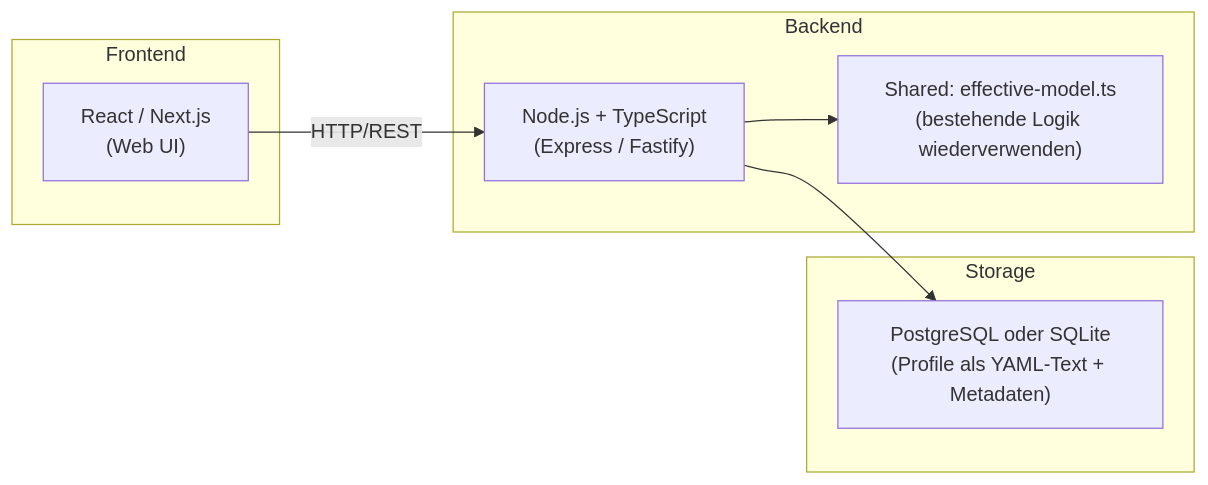
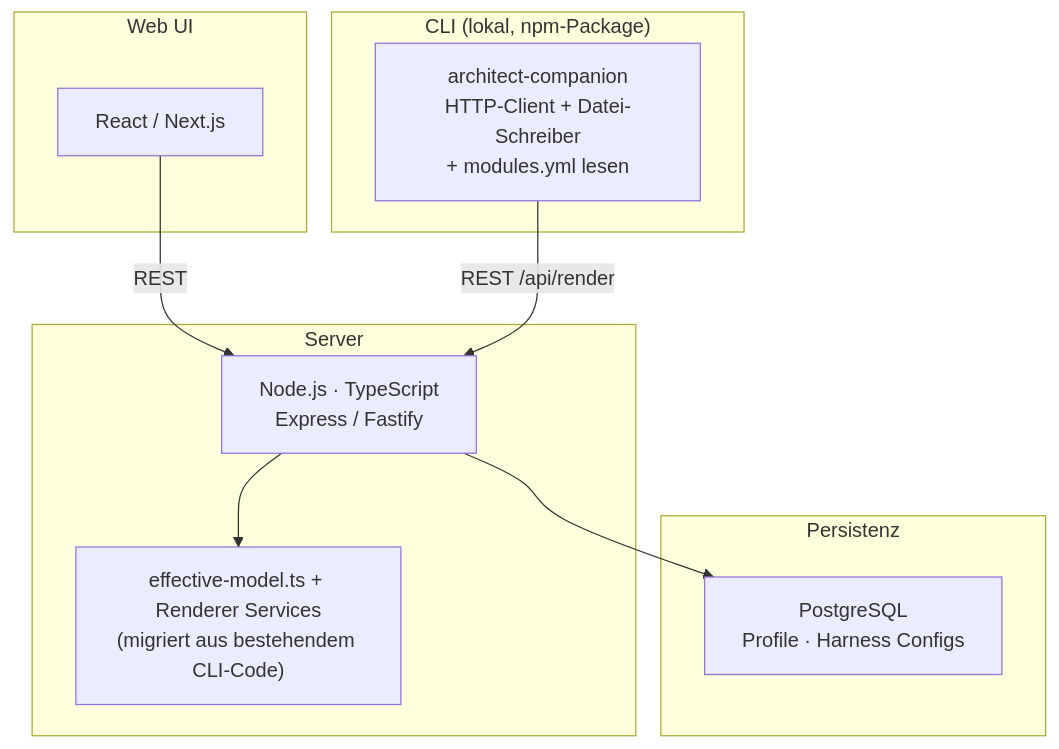
Before and after one commit to Architect-Companion/architect-companion: the sixth of 6 diagrams in docs/server-architecture.md, drawn with Mermaid. The commit also changed other lines of this file and 59 other files, not shown here.

First line of the commit message:
feat: migrate to npm workspaces monorepo with full render pipeline

````diff
--- a/docs/server-architecture.md
+++ b/docs/server-architecture.md
@@ -208,19 +187,24 @@
 ```mermaid
-graph LR
-    subgraph Frontend
-        A["React / Next.js\n(Web UI)"]
+graph TB
+    subgraph Frontend["Web UI"]
+        FE["React / Next.js"]
     end
 
-    subgraph Backend
-        B["Node.js + TypeScript\n(Express / Fastify)"]
-        C["Shared: effective-model.ts\n(bestehende Logik wiederverwenden)"]
+    subgraph Backend["Server"]
+        BE["Node.js · TypeScript\nExpress / Fastify"]
+        Core["effective-model.ts + Renderer Services\n(migriert aus bestehendem CLI-Code)"]
     end
 
-    subgraph Storage
-        D["PostgreSQL oder SQLite\n(Profile als YAML-Text + Metadaten)"]
+    subgraph Storage["Persistenz"]
+        DB["PostgreSQL\nProfile · Harness Configs"]
     end
 
-    A -->|"HTTP/REST"| B
-    B --> C
-    B --> D
+    subgraph LocalCLI["CLI (lokal, npm-Package)"]
+        CLI["architect-companion\nHTTP-Client + Datei-Schreiber\n+ modules.yml lesen"]
+    end
+
+    FE -->|"REST"| BE
+    BE --> Core
+    BE --> DB
+    CLI -->|"REST /api/render"| BE
 ```
````
